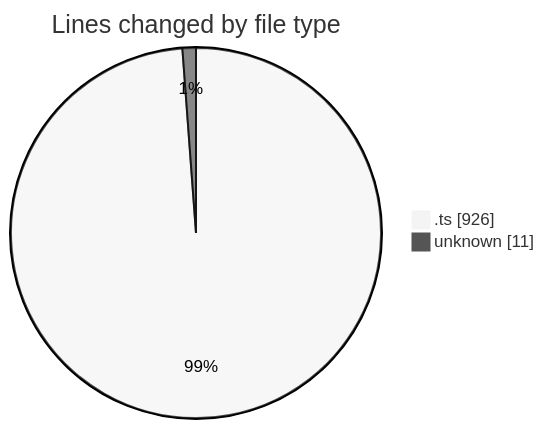
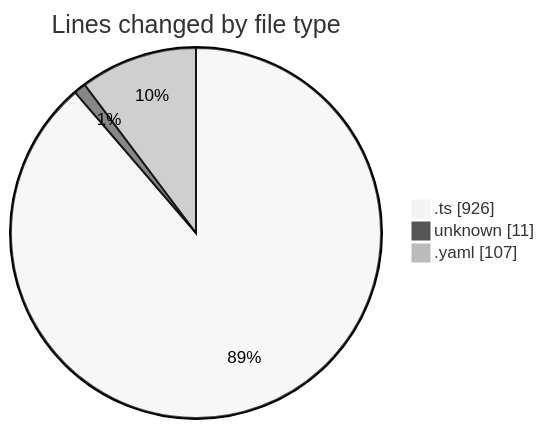
Before and after one commit to mevix1/code-tracking: the first of 2 diagrams in 2025-10-01/oura-api/README.md, drawn with Mermaid (neutral theme). The commit also changed other lines of this file and 1 other file, not shown here.

````diff
--- a/2025-10-01/oura-api/README.md
+++ b/2025-10-01/oura-api/README.md
@@ -23,6 +24,7 @@
 ```mermaid
 pie showData
 title Lines changed by file type
 ".ts" : 926
 "unknown" : 11
+".yaml" : 107
 ```
````
